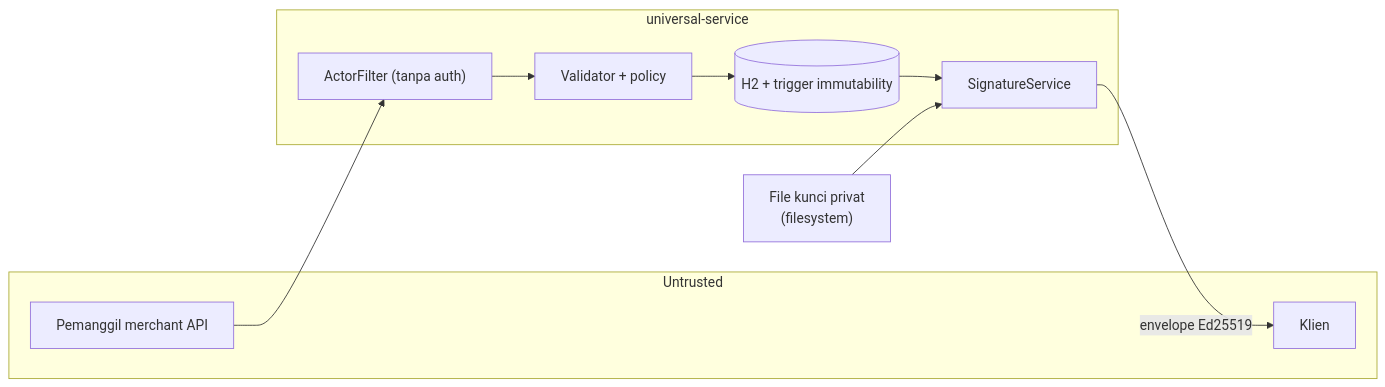
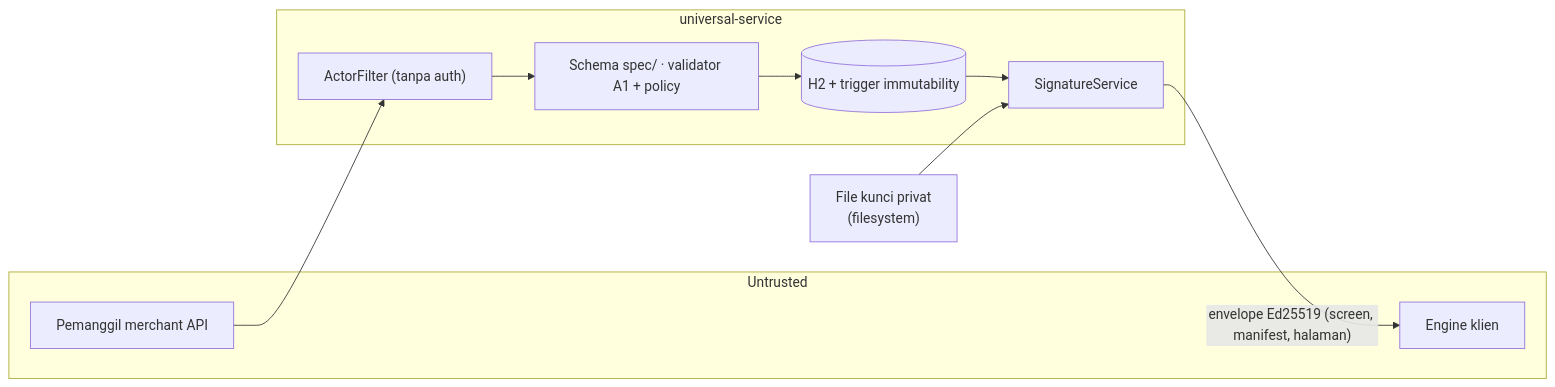
The eighth of 8 diagrams in HLD-universal-service.md (fajekrina/universal-service), drawn with Mermaid before and after one commit. The commit also changed other lines of this file, not shown here.

First line of the commit message:
docs: HLD 1.1 — spec screens API, manifest, ERD

````diff
--- a/HLD-universal-service.md
+++ b/HLD-universal-service.md
@@ -522,18 +768,18 @@
 ```mermaid
 flowchart LR
   subgraph TB1["Untrusted"]
     B["Pemanggil merchant API"]
-    K["Klien"]
+    K["Engine klien"]
   end
   subgraph TB2["universal-service"]
     AF["ActorFilter (tanpa auth)"]
-    V["Validator + policy"]
+    V["Schema spec/ · validator A1 + policy"]
     SG["SignatureService"]
     DB[("H2 + trigger immutability")]
   end
   KF["File kunci privat<br/>(filesystem)"]
   B --> AF --> V --> DB
   DB --> SG
   KF --> SG
-  SG -- "envelope Ed25519" --> K
+  SG -- "envelope Ed25519 (screen, manifest, halaman)" --> K
 ```
````
